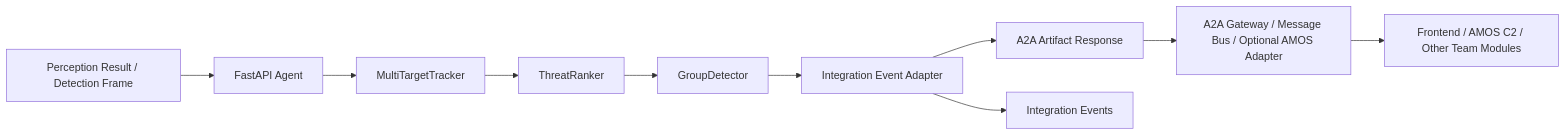
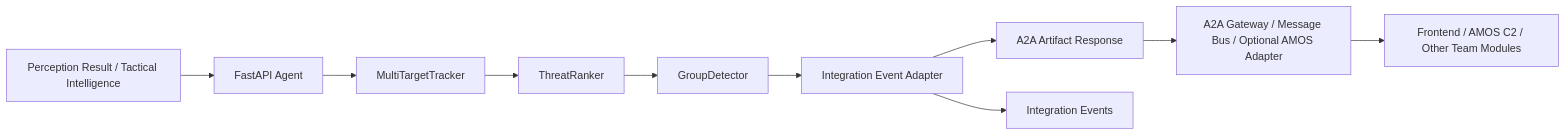
One commit to yishou1/A2A changed the diagram in track_threat_agent/docs/technical_overview.md. Above: the diagram before and after it, drawn with Mermaid. The commit also changed other lines of this file and 24 other files, not shown here.

````diff
--- a/track_threat_agent/docs/technical_overview.md
+++ b/track_threat_agent/docs/technical_overview.md
@@ -15,12 +15,12 @@
 ```mermaid
 flowchart LR
-  A["Perception Result / Detection Frame"] --> B["FastAPI Agent"]
+  A["Perception Result / Tactical Intelligence"] --> B["FastAPI Agent"]
   B --> C["MultiTargetTracker"]
   C --> D["ThreatRanker"]
   D --> E["GroupDetector"]
   E --> F["Integration Event Adapter"]
   F --> G["A2A Artifact Response"]
   F --> H["Integration Events"]
   G --> I["A2A Gateway / Message Bus / Optional AMOS Adapter"]
   I --> J["Frontend / AMOS C2 / Other Team Modules"]
 ```
````
